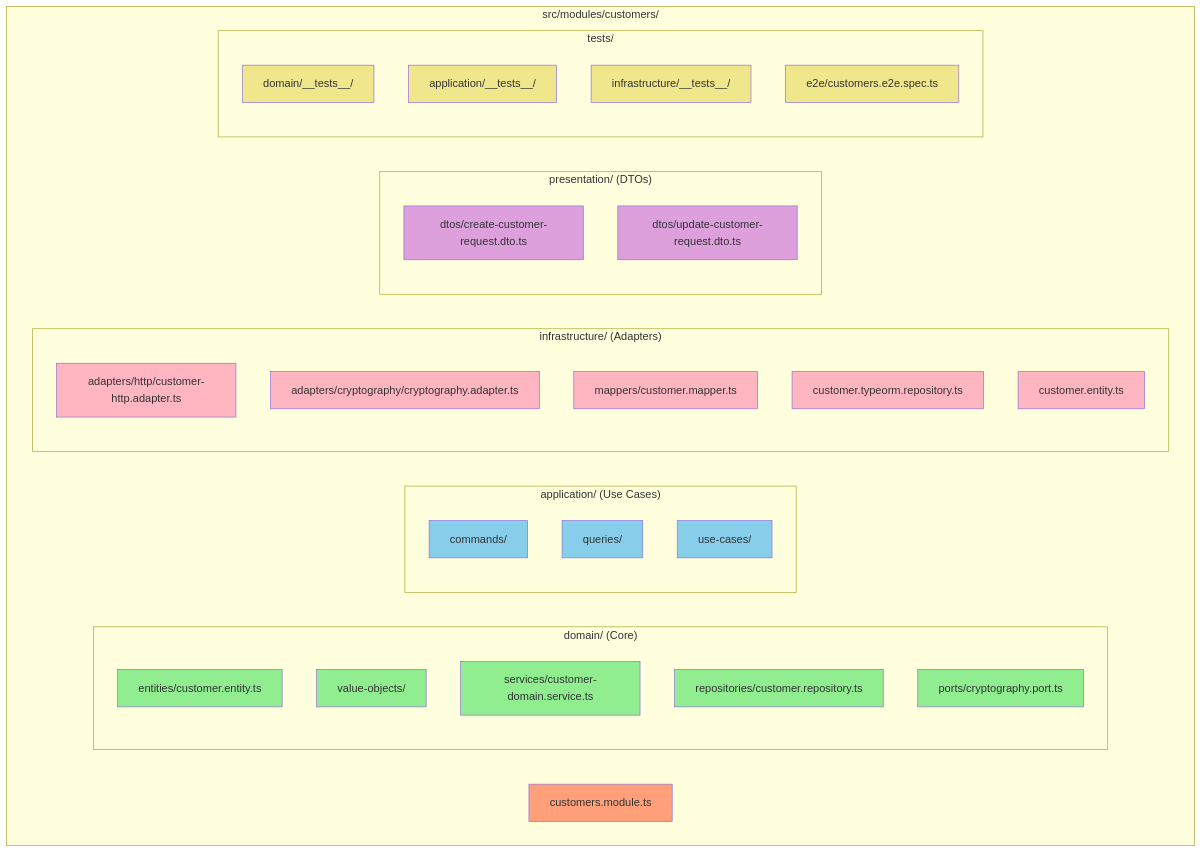
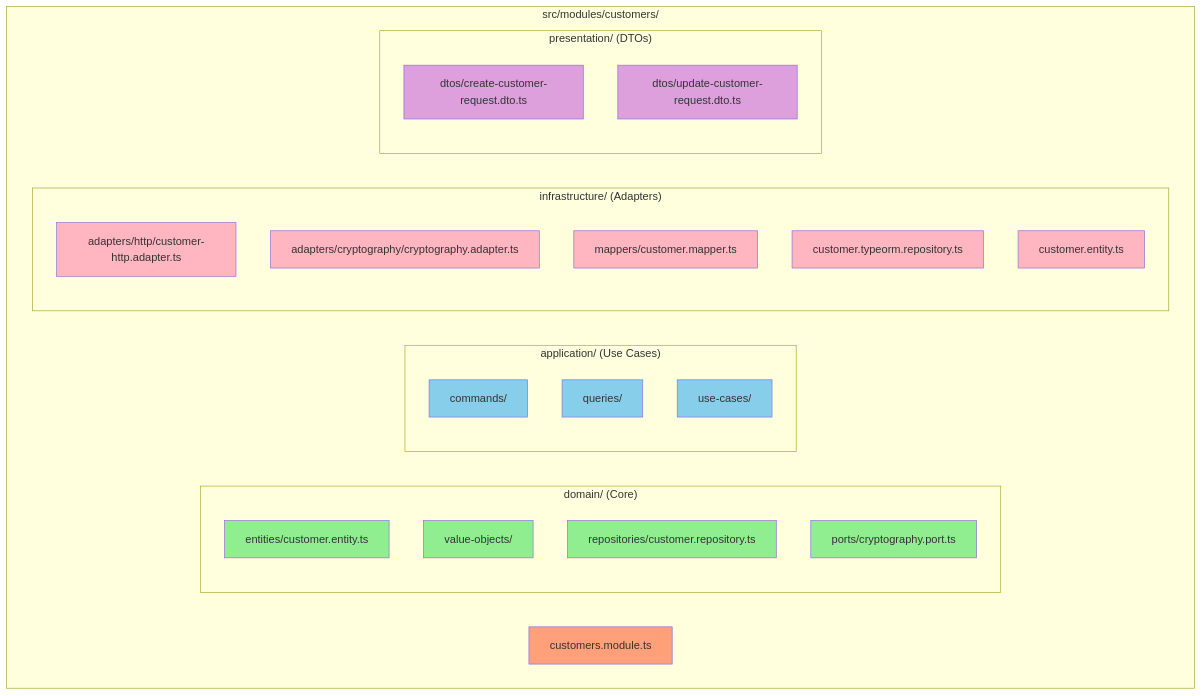
Before and after one commit to 12SOAT-Workshop-FIAP/garage-management-system: diagram 16 of 16 in docs/hexagonal-architecture-migration.md, drawn with Mermaid. The commit also changed other lines of this file, not shown here.

````diff
--- a/docs/hexagonal-architecture-migration.md
+++ b/docs/hexagonal-architecture-migration.md
@@ -761,61 +705,48 @@
 ```mermaid
 graph TB
     subgraph "src/modules/customers/"
         subgraph "domain/ (Core)"
             A[entities/customer.entity.ts]
             B[value-objects/]
-            C[services/customer-domain.service.ts]
-            D[repositories/customer.repository.ts]
-            E[ports/cryptography.port.ts]
+            C[repositories/customer.repository.ts]
+            D[ports/cryptography.port.ts]
         end
         
         subgraph "application/ (Use Cases)"
-            F[commands/]
-            G[queries/]
-            H[use-cases/]
+            E[commands/]
+            F[queries/]
+            G[use-cases/]
         end
         
         subgraph "infrastructure/ (Adapters)"
-            I[adapters/http/customer-http.adapter.ts]
-            J[adapters/cryptography/cryptography.adapter.ts]
-            K[mappers/customer.mapper.ts]
-            L[customer.typeorm.repository.ts]
-            M[customer.entity.ts]
+            H[adapters/http/customer-http.adapter.ts]
+            I[adapters/cryptography/cryptography.adapter.ts]
+            J[mappers/customer.mapper.ts]
+            K[customer.typeorm.repository.ts]
+            L[customer.entity.ts]
         end
         
         subgraph "presentation/ (DTOs)"
-            N[dtos/create-customer-request.dto.ts]
-            O[dtos/update-customer-request.dto.ts]
+            M[dtos/create-customer-request.dto.ts]
+            N[dtos/update-customer-request.dto.ts]
         end
         
-        subgraph "tests/"
-            P[domain/__tests__/]
-            Q[application/__tests__/]
-            R[infrastructure/__tests__/]
-            S[e2e/customers.e2e.spec.ts]
-        end
-        
-        T[customers.module.ts]
+        O[customers.module.ts]
     end
     
     style A fill:#90EE90
     style B fill:#90EE90
     style C fill:#90EE90
     style D fill:#90EE90
-    style E fill:#90EE90
+    style E fill:#87CEEB
     style F fill:#87CEEB
     style G fill:#87CEEB
-    style H fill:#87CEEB
+    style H fill:#FFB6C1
     style I fill:#FFB6C1
     style J fill:#FFB6C1
     style K fill:#FFB6C1
     style L fill:#FFB6C1
-    style M fill:#FFB6C1
+    style M fill:#DDA0DD
     style N fill:#DDA0DD
-    style O fill:#DDA0DD
-    style P fill:#F0E68C
-    style Q fill:#F0E68C
-    style R fill:#F0E68C
-    style S fill:#F0E68C
-    style T fill:#FFA07A
+    style O fill:#FFA07A
 ```
````
